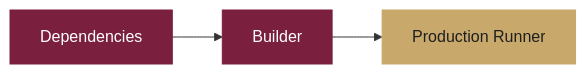
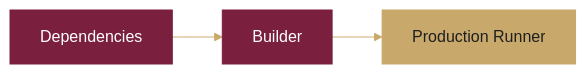
One commit to LaoraSad/omegaComplex changed the sixth of 8 diagrams in README.md. Above: the diagram before and after it, drawn with Mermaid. The commit also changed other lines of this file and 8 other files, not shown here.

````diff
--- a/README.md
+++ b/README.md
@@ -685,11 +486,9 @@
 ```mermaid
+%%{init: {'theme':'base','themeVariables':{'primaryColor':'#7A1F3D','primaryTextColor':'#F5F5F5','lineColor':'#C8A96B'}}}%%
 flowchart LR
-    Dependencies["Dependencies"] --> Builder["Builder"]
-    Builder --> Runner["Production Runner"]
-
+    Dependencies --> Builder --> Runner["Production Runner"]
     classDef primary fill:#7A1F3D,color:#fff,stroke:#7A1F3D;
     classDef accent fill:#C8A96B,color:#1F1F1F,stroke:#C8A96B;
-
     class Dependencies,Builder primary;
     class Runner accent;
 ```
````
